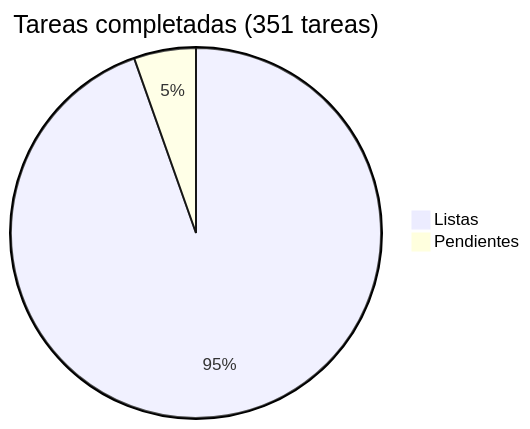
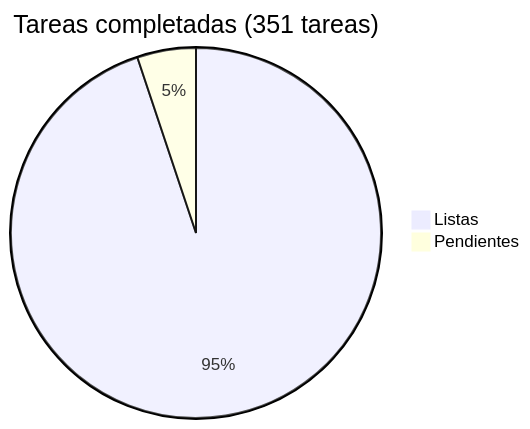
Before and after one commit to araguaney-lat/araguaney: the diagram in docs/roadmap/README.md, drawn with Mermaid. The commit also changed other lines of this file and 10 other files, not shown here.

````diff
--- a/docs/roadmap/README.md
+++ b/docs/roadmap/README.md
@@ -5,5 +5,5 @@
 ```mermaid
 pie title Tareas completadas (351 tareas)
-    "Listas" : 332
-    "Pendientes" : 19
+    "Listas" : 333
+    "Pendientes" : 18
 ```
````
